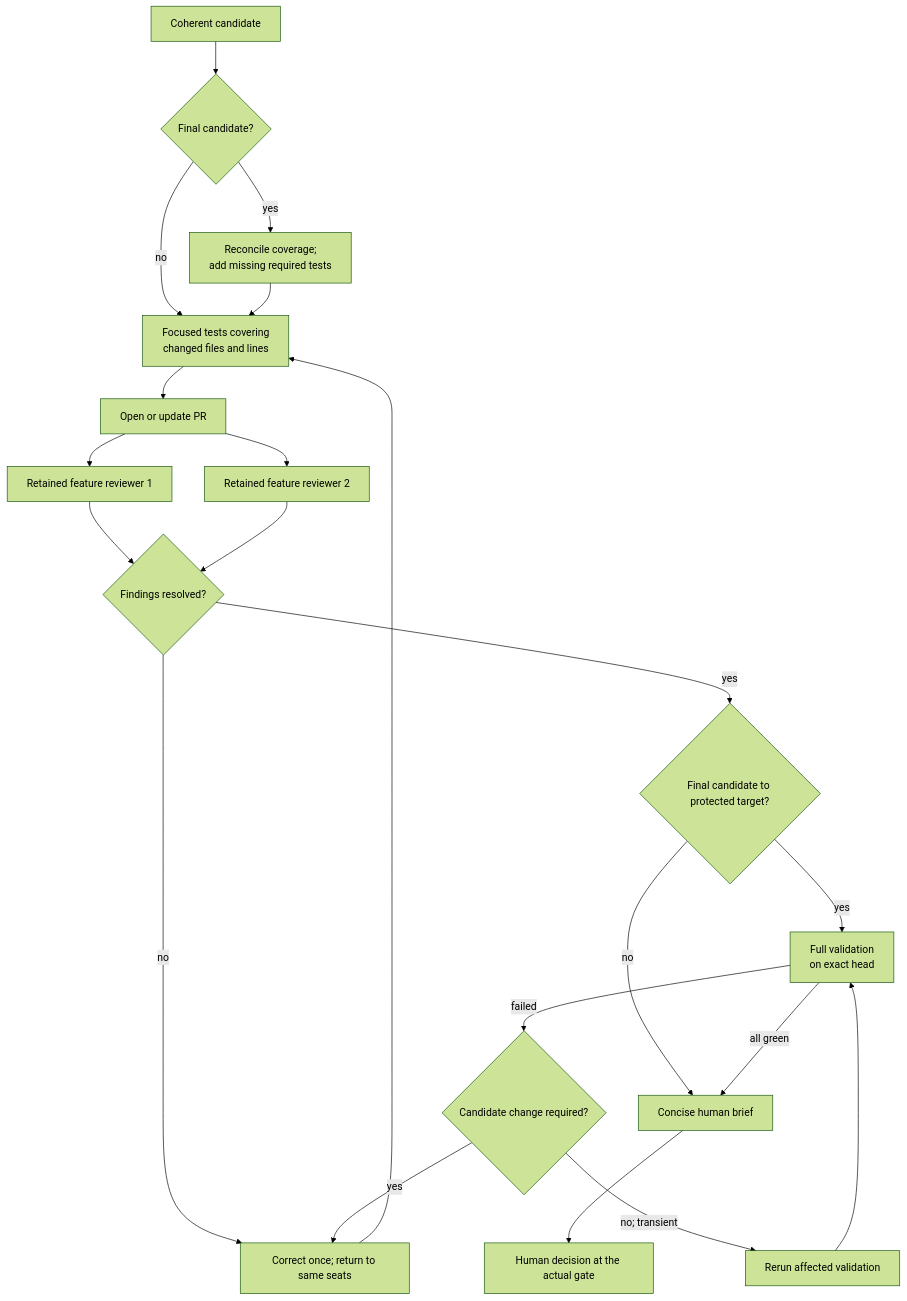
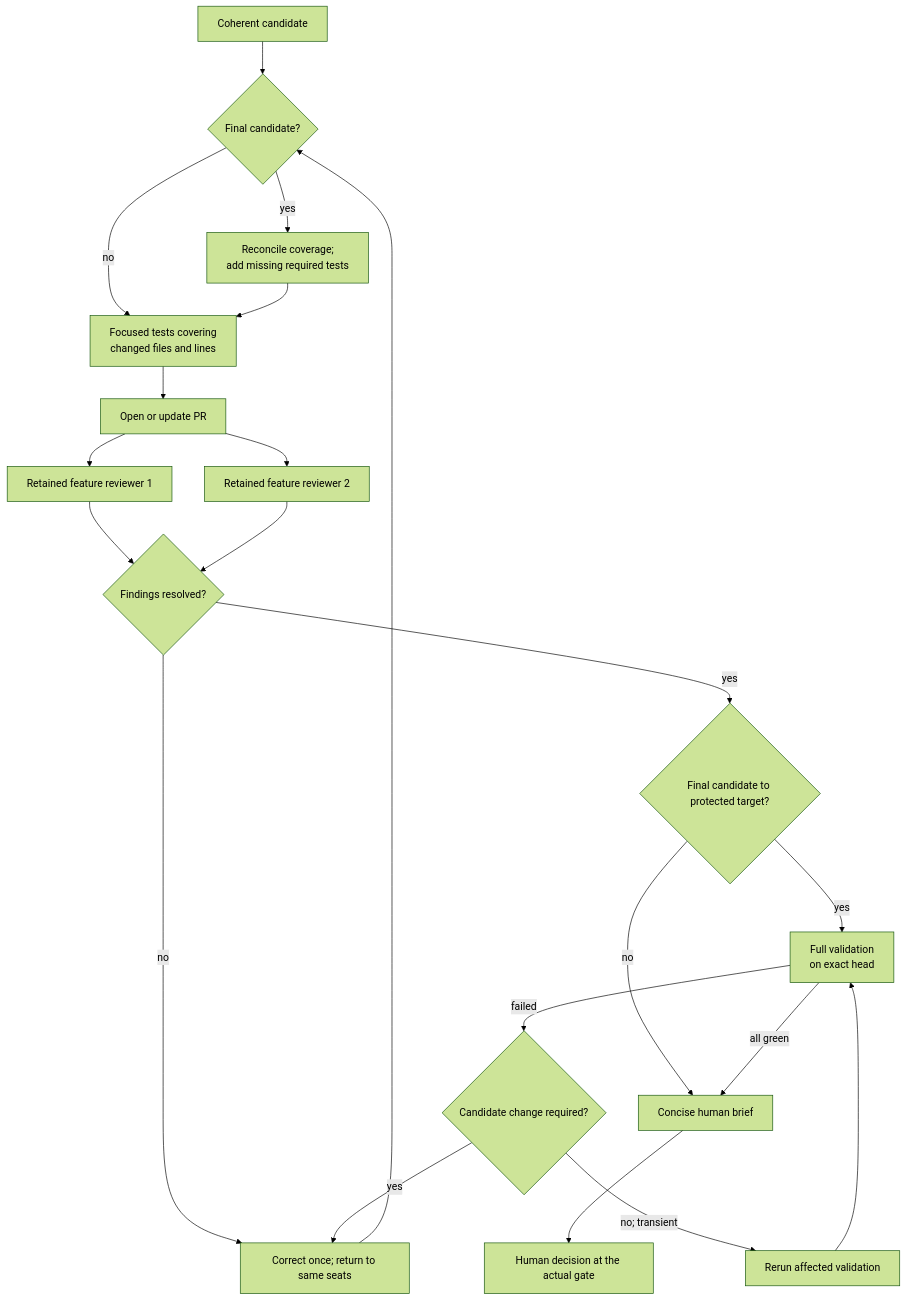
One commit to hhhhhusky777/spec-driven-delivery-playbook changed diagram 11 of 14 in README.md. Above: the diagram before and after it, drawn with Mermaid (forest theme). The commit also changed 2 other files, not shown here.

Commit message:
docs: close T01 review gaps

````diff
--- a/README.md
+++ b/README.md
@@ -505,23 +505,23 @@
 ```mermaid
 flowchart TD
     C["Coherent candidate"] --> E{"Final candidate?"}
     E -->|"yes"| A["Reconcile coverage;<br/>add missing required tests"]
     E -->|"no"| F["Focused tests covering<br/>changed files and lines"]
     A --> F
     F --> P["Open or update PR"]
     P --> R1["Retained feature reviewer 1"]
     P --> R2["Retained feature reviewer 2"]
     R1 --> J{"Findings resolved?"}
     R2 --> J
     J -->|"no"| X["Correct once; return to same seats"]
-    X --> F
+    X --> E
     J -->|"yes"| G{"Final candidate to protected target?"}
     G -->|"no"| B["Task PR human brief"]
     G -->|"yes"| V["Full validation<br/>on exact head"]
     V -->|"failed"| D{"Candidate change required?"}
     D -->|"yes"| X
     D -->|"no; transient"| Q["Rerun affected validation"]
     Q --> V
     V -->|"all green"| B["Concise human brief"]
     B --> H["Human decision at the actual gate"]
 ```
````
